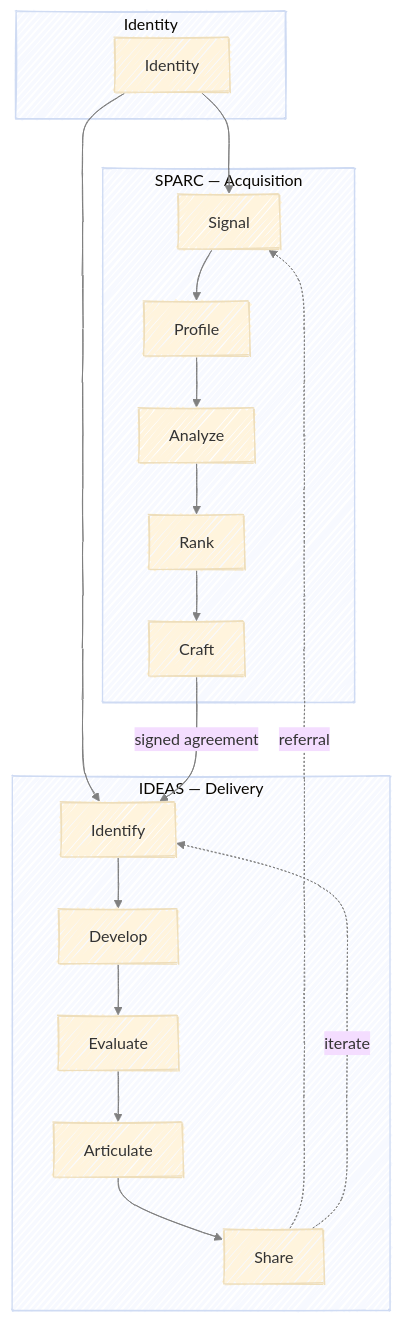
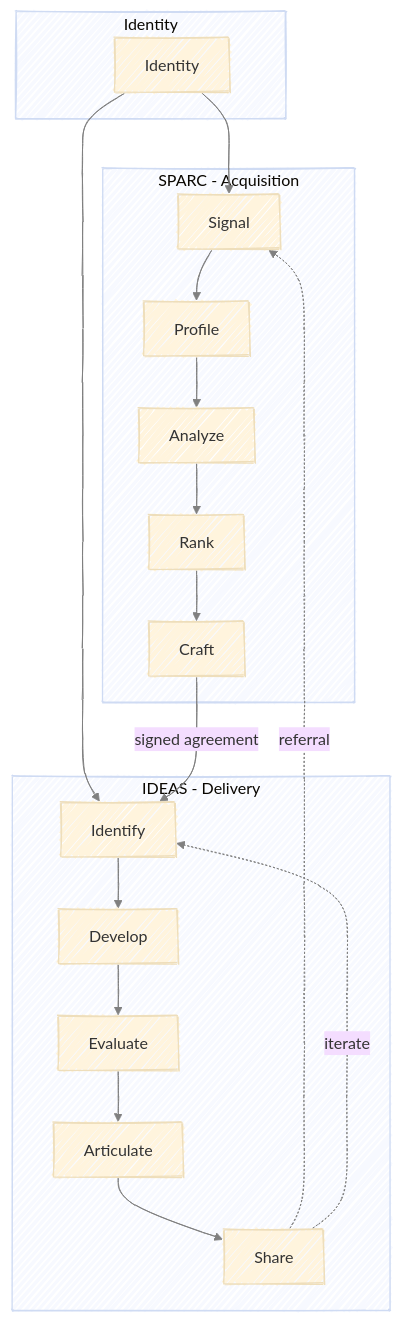
Before and after one commit to athrael-soju/framework-generator: the diagram in framework/PRAXIS.md, drawn with Mermaid. The commit also changed other lines of this file and 24 other files, not shown here.

````diff
--- a/framework/PRAXIS.md
+++ b/framework/PRAXIS.md
@@ -7,34 +7,34 @@
 ```mermaid
 ---
 config:
   layout: dagre
   look: handDrawn
   theme: base
   themeVariables:
     lineColor: gray
 ---
 flowchart TB
     subgraph Foundation ["Identity"]
         Identity["Identity"]
     end
 
-    subgraph SPARC ["SPARC — Acquisition"]
+    subgraph SPARC ["SPARC - Acquisition"]
         S["Signal"] --> P["Profile"]
         P --> A["Analyze"]
         A --> R["Rank"]
         R --> C["Craft"]
     end
 
-    subgraph IDEAS ["IDEAS — Delivery"]
+    subgraph IDEAS ["IDEAS - Delivery"]
         Id["Identify"] --> D["Develop"]
         D --> E["Evaluate"]
         E --> Ar["Articulate"]
         Ar --> Sh["Share"]
     end
 
     Identity --> S
     Identity --> Id
     C --> |"signed agreement"| Id
     Sh -.-> |"referral"| S
     Sh -.-> |"iterate"| Id
 ```
````
